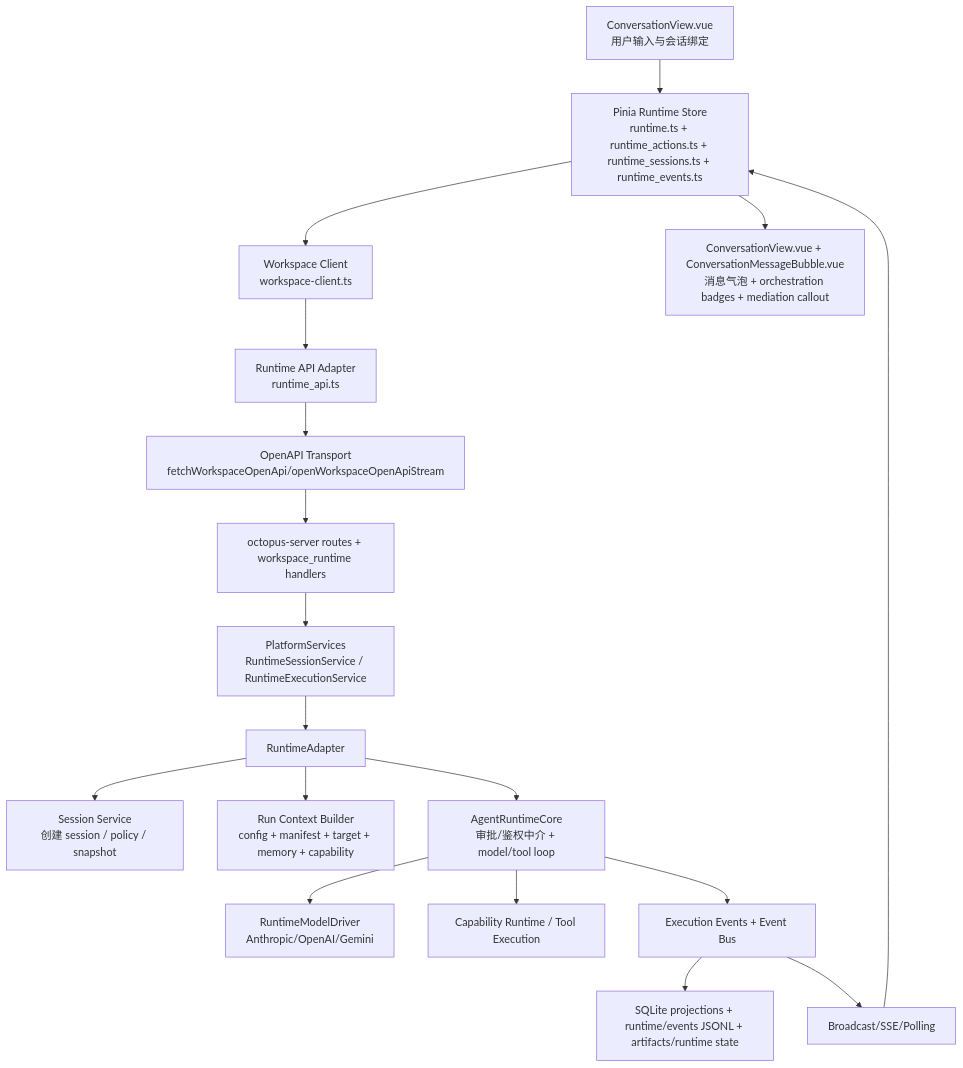
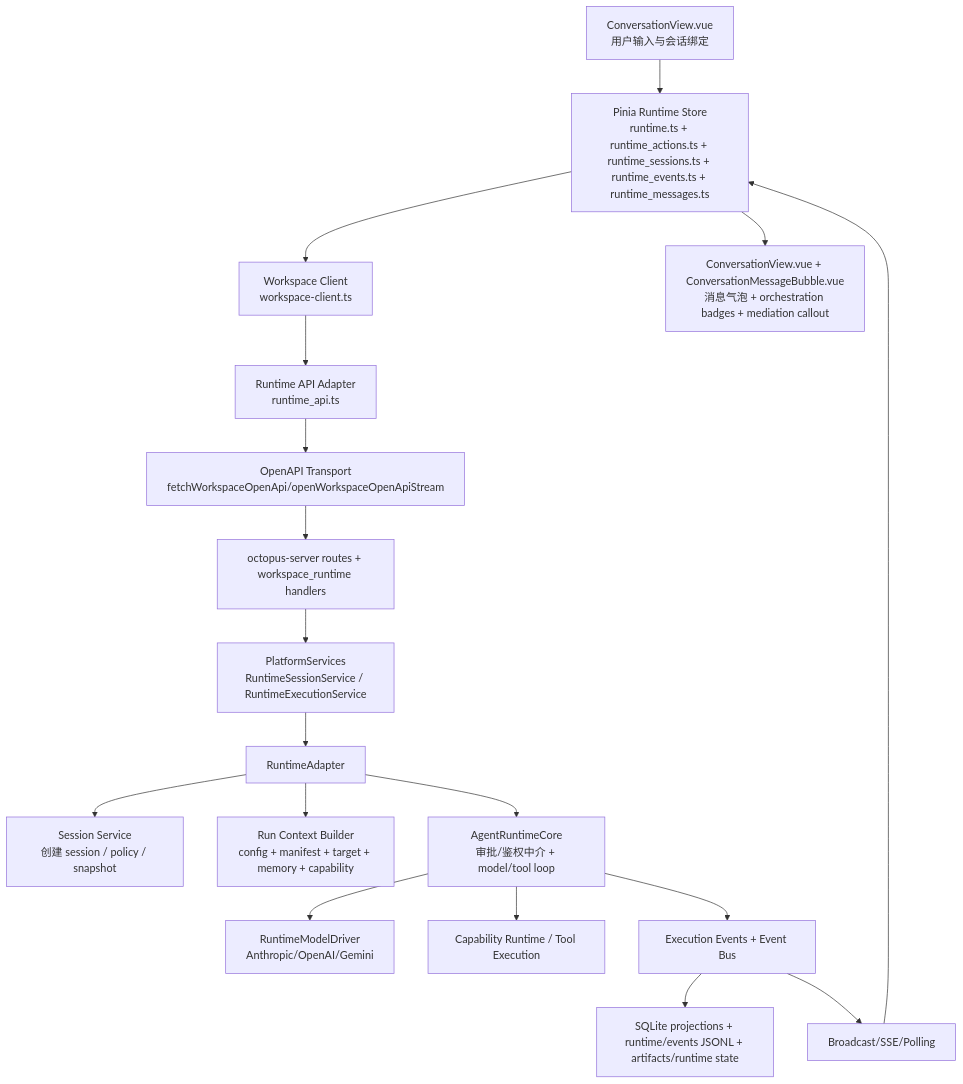
One commit to GoyacJ/octopus changed the first of 2 diagrams in docs/plans/agent/2026-04-18-runtime-message-model-display-chain.md. Above: the diagram before and after it, drawn with Mermaid. The commit also changed other lines of this file and 3 other files, not shown here.

Commit message:
docs: update runtime and tooling architecture plans

````diff
--- a/docs/plans/agent/2026-04-18-runtime-message-model-display-chain.md
+++ b/docs/plans/agent/2026-04-18-runtime-message-model-display-chain.md
@@ -40,20 +53,20 @@
 ```mermaid
 flowchart TD
-    A["ConversationView.vue<br/>用户输入与会话绑定"] --> B["Pinia Runtime Store<br/>runtime.ts + runtime_actions.ts + runtime_sessions.ts + runtime_events.ts"]
+    A["ConversationView.vue<br/>用户输入与会话绑定"] --> B["Pinia Runtime Store<br/>runtime.ts + runtime_actions.ts + runtime_sessions.ts + runtime_events.ts + runtime_messages.ts"]
     B --> C["Workspace Client<br/>workspace-client.ts"]
     C --> D["Runtime API Adapter<br/>runtime_api.ts"]
     D --> E["OpenAPI Transport<br/>fetchWorkspaceOpenApi/openWorkspaceOpenApiStream"]
     E --> F["octopus-server routes + workspace_runtime handlers"]
     F --> G["PlatformServices<br/>RuntimeSessionService / RuntimeExecutionService"]
     G --> H["RuntimeAdapter"]
     H --> I["Session Service<br/>创建 session / policy / snapshot"]
     H --> J["Run Context Builder<br/>config + manifest + target + memory + capability"]
     H --> K["AgentRuntimeCore<br/>审批/鉴权中介 + model/tool loop"]
     K --> L["RuntimeModelDriver<br/>Anthropic/OpenAI/Gemini"]
     K --> M["Capability Runtime / Tool Execution"]
     K --> N["Execution Events + Event Bus"]
     N --> O["SQLite projections + runtime/events JSONL + artifacts/runtime state"]
     N --> P["Broadcast/SSE/Polling"]
     P --> B
     B --> Q["ConversationView.vue + ConversationMessageBubble.vue<br/>消息气泡 + orchestration badges + mediation callout"]
 ```
````
